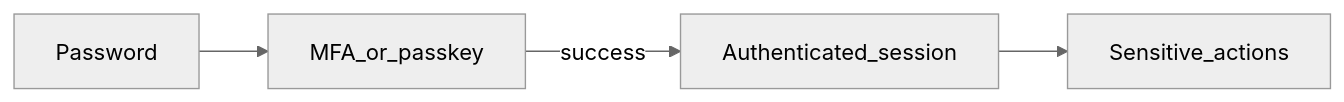
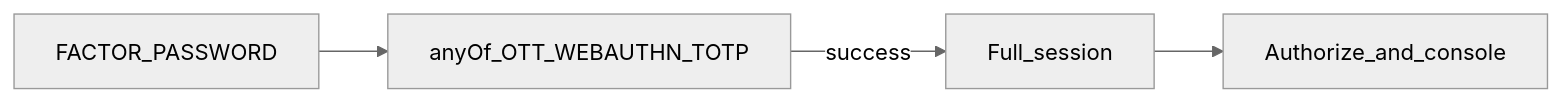
One commit to felixzhu97/explore-iam changed diagram 11 of 15 in docs/Guideline.md. Above: the diagram before and after it, drawn with Mermaid (neutral theme). The commit also changed other lines of this file and 6 other files, not shown here.

````diff
--- a/docs/Guideline.md
+++ b/docs/Guideline.md
@@ -242,10 +249,10 @@
 ```mermaid
 flowchart LR
-  Password[Password]
-  Second[MFA_or_passkey]
-  Session[Authenticated_session]
-  Sensitive[Sensitive_actions]
+  Password[FACTOR_PASSWORD]
+  Second[anyOf_OTT_WEBAUTHN_TOTP]
+  Session[Full_session]
+  Sensitive[Authorize_and_console]
   Password --> Second
   Second -->|"success"| Session
   Session --> Sensitive
 ```
````
